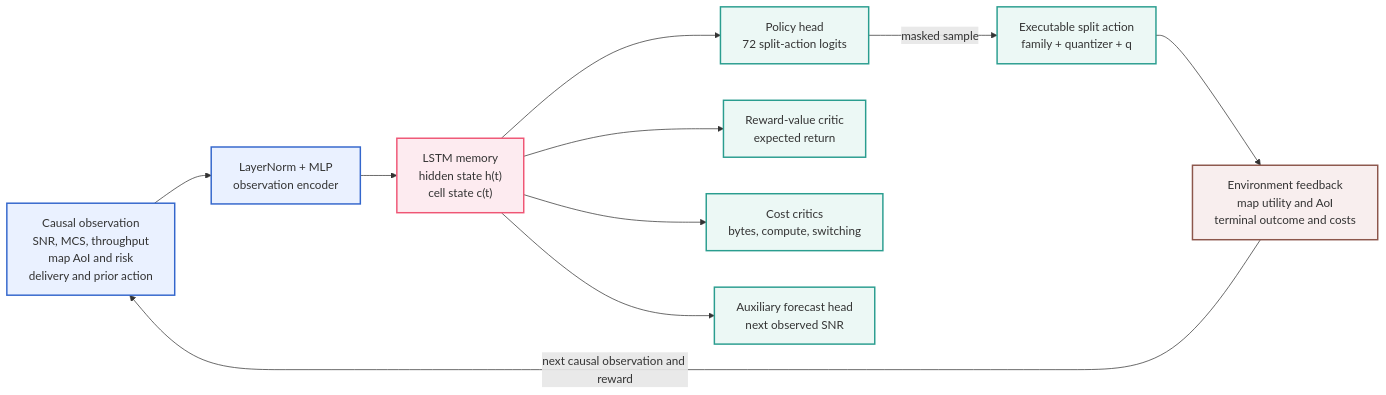
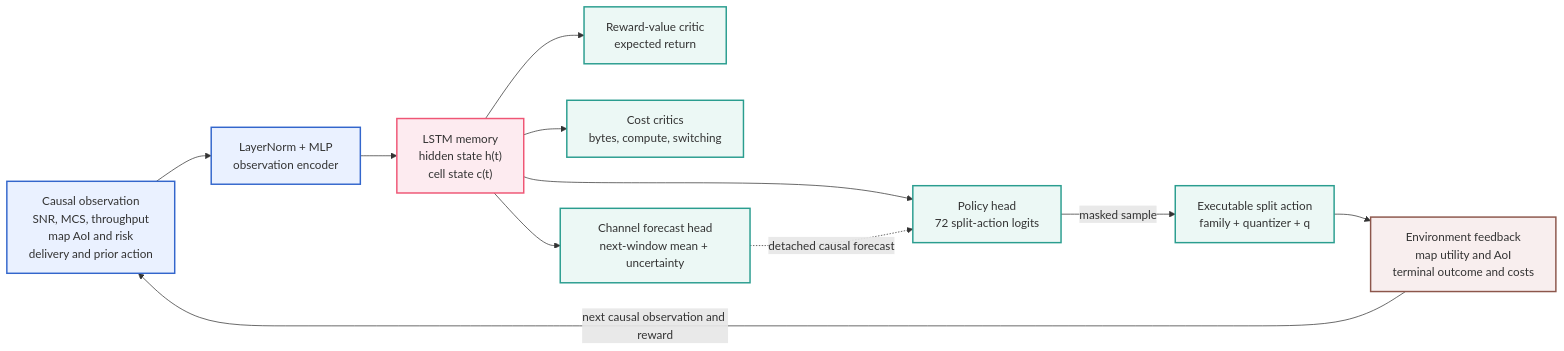
One commit to man-of-mind/SceneSense-Abiodun changed the diagram in rl_agent/rl_policy_study_v1/AGENT_ARCHITECTURE_V1.md. Above: the diagram before and after it, drawn with Mermaid. The commit also changed other lines of this file and 73 other files, not shown here.

````diff
--- a/rl_agent/rl_policy_study_v1/AGENT_ARCHITECTURE_V1.md
+++ b/rl_agent/rl_policy_study_v1/AGENT_ARCHITECTURE_V1.md
@@ -75,28 +77,29 @@
 ```mermaid
 flowchart LR
     OBS["Causal observation<br/>SNR, MCS, throughput<br/>map AoI and risk<br/>delivery and prior action"]
     ENC["LayerNorm + MLP<br/>observation encoder"]
     LSTM["LSTM memory<br/>hidden state h(t)<br/>cell state c(t)"]
     POLICY["Policy head<br/>72 split-action logits"]
     VALUE["Reward-value critic<br/>expected return"]
     COST["Cost critics<br/>bytes, compute, switching"]
-    FORECAST["Auxiliary forecast head<br/>next observed SNR"]
+    FORECAST["Channel forecast head<br/>next-window mean + uncertainty"]
     ACTION["Executable split action<br/>family + quantizer + q"]
     ENV["Environment feedback<br/>map utility and AoI<br/>terminal outcome and costs"]
 
     OBS --> ENC --> LSTM
     LSTM --> POLICY -->|masked sample| ACTION --> ENV
     LSTM --> VALUE
     LSTM --> COST
     LSTM --> FORECAST
+    FORECAST -.->|detached causal forecast| POLICY
     ENV -->|next causal observation and reward| OBS
 
     classDef observation fill:#eaf1ff,stroke:#3366cc,stroke-width:2px;
     classDef memory fill:#fdebf0,stroke:#ef5675,stroke-width:2px;
     classDef head fill:#ecf8f5,stroke:#2a9d8f,stroke-width:2px;
     classDef environment fill:#f8eeee,stroke:#8c564b,stroke-width:2px;
     class OBS,ENC observation;
     class LSTM memory;
     class POLICY,VALUE,COST,FORECAST,ACTION head;
     class ENV environment;
 ```
````
